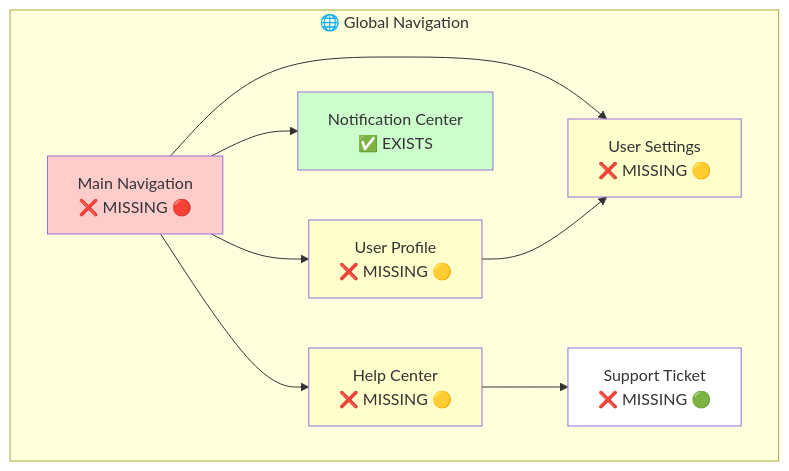
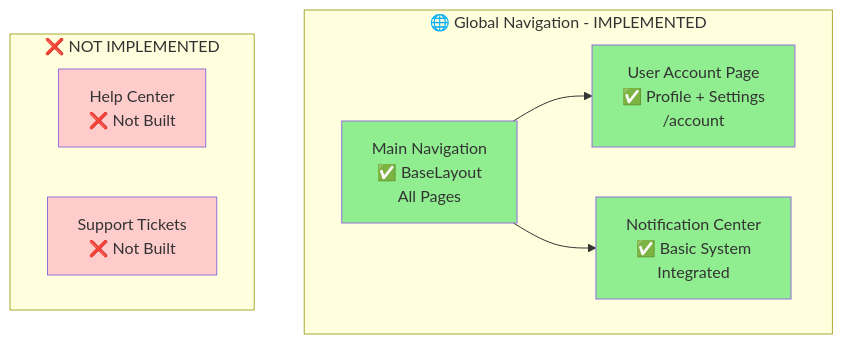
One commit to nissimbuchs/BATbern2 changed the fourth of 28 diagrams in docs/wireframes/sitemap-mermaid.md. Above: the diagram before and after it, drawn with Mermaid. The commit also changed other lines of this file and 1008 other files, not shown here.

````diff
--- a/docs/wireframes/sitemap-mermaid.md
+++ b/docs/wireframes/sitemap-mermaid.md
@@ -105,26 +123,22 @@
 ```mermaid
 graph TB
-    subgraph "🌐 Global Navigation"
-        Nav[Main Navigation<br/>❌ MISSING 🔴]
-        Profile[User Profile<br/>❌ MISSING 🟡]
-        Settings[User Settings<br/>❌ MISSING 🟡]
-        Notifications[Notification Center<br/>✅ EXISTS]
-        Help[Help Center<br/>❌ MISSING 🟡]
-        Support[Support Ticket<br/>❌ MISSING 🟢]
+    subgraph "🌐 Global Navigation - IMPLEMENTED"
+        Nav[Main Navigation<br/>✅ BaseLayout<br/>All Pages]
+        Account[User Account Page<br/>✅ Profile + Settings<br/>/account]
+        Notifications[Notification Center<br/>✅ Basic System<br/>Integrated]
     end
 
-    Nav --> Profile
-    Nav --> Settings
+    Nav --> Account
     Nav --> Notifications
-    Nav --> Help
 
-    Profile --> Settings
-    Help --> Support
+    subgraph "❌ NOT IMPLEMENTED"
+        Help[Help Center<br/>❌ Not Built]
+        Support[Support Tickets<br/>❌ Not Built]
+    end
 
-    style Notifications fill:#ccffcc
-    style Nav fill:#ffcccc
-    style Profile fill:#ffffcc
-    style Settings fill:#ffffcc
-    style Help fill:#ffffcc
-    style Support fill:#ffffff
+    style Nav fill:#90EE90
+    style Account fill:#90EE90
+    style Notifications fill:#90EE90
+    style Help fill:#ffcccc
+    style Support fill:#ffcccc
 ```
````
